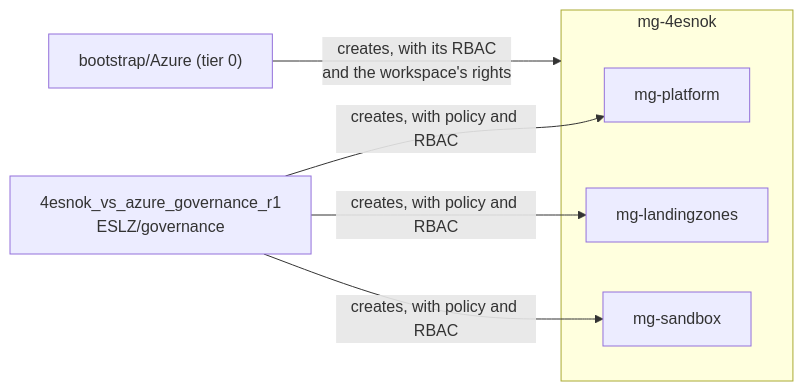
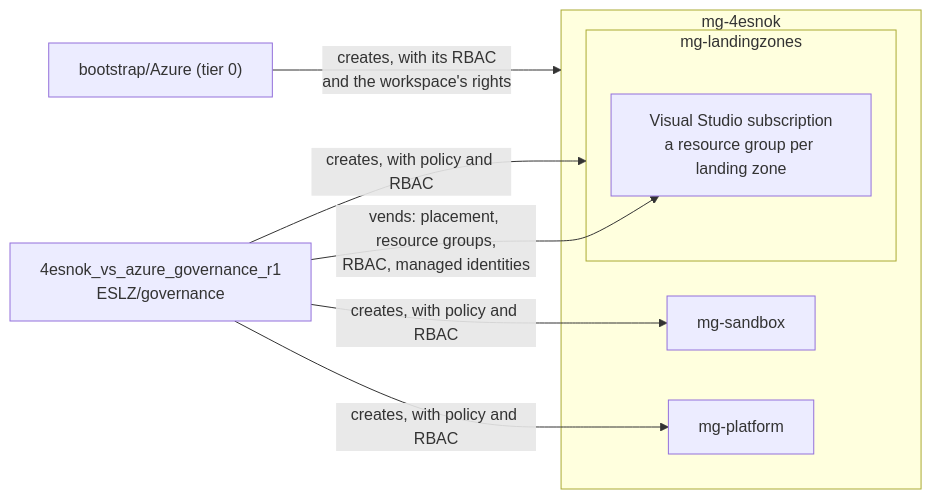
One commit to alextitov1/azure-landing-zone changed the diagram in ESLZ/governance/README.md. Above: the diagram before and after it, drawn with Mermaid. The commit also changed other lines of this file and 23 other files, not shown here.

First line of the commit message:
feat: subscription vending in governance, a resource group per landing zone

````diff
--- a/ESLZ/governance/README.md
+++ b/ESLZ/governance/README.md
@@ -107,12 +202,15 @@
 ```mermaid
 flowchart LR
   t0["bootstrap/Azure (tier 0)"]
   gov["4esnok_vs_azure_governance_r1<br/>ESLZ/governance"]
   subgraph root[mg-4esnok]
     p[mg-platform]
-    lz[mg-landingzones]
+    subgraph lz[mg-landingzones]
+      vs["Visual Studio subscription<br/>a resource group per landing zone"]
+    end
     sb[mg-sandbox]
   end
   t0 -- "creates, with its RBAC<br/>and the workspace's rights" --> root
   gov -- "creates, with policy and RBAC" --> p & lz & sb
+  gov -- "vends: placement, resource groups,<br/>RBAC, managed identities" --> vs
 ```
````
